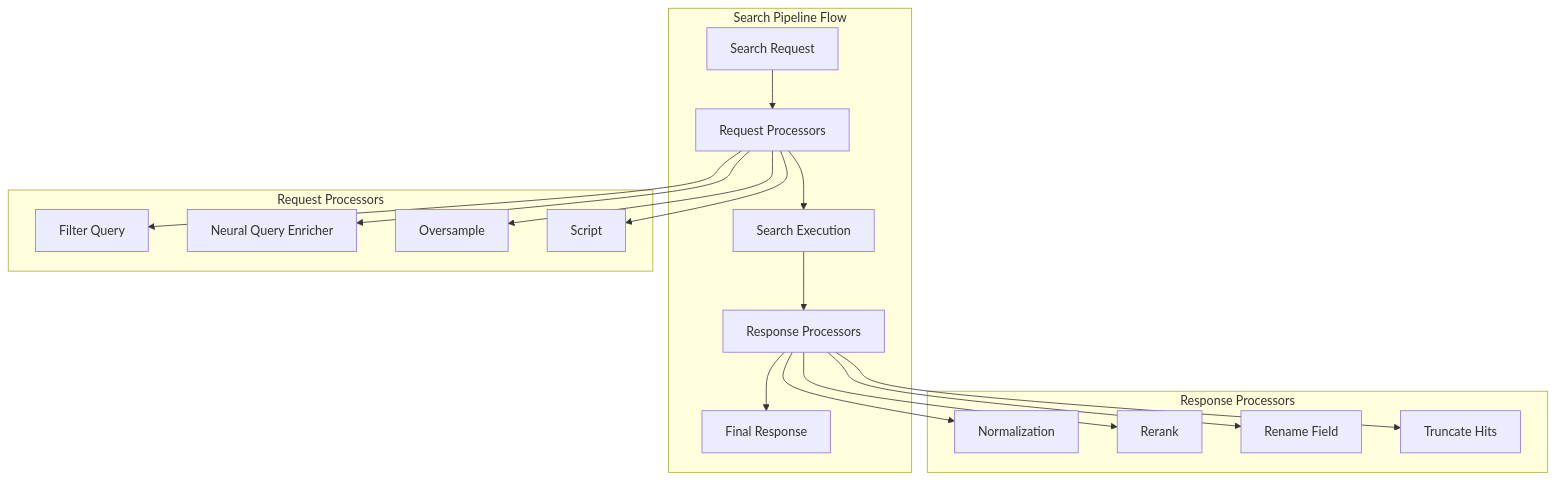
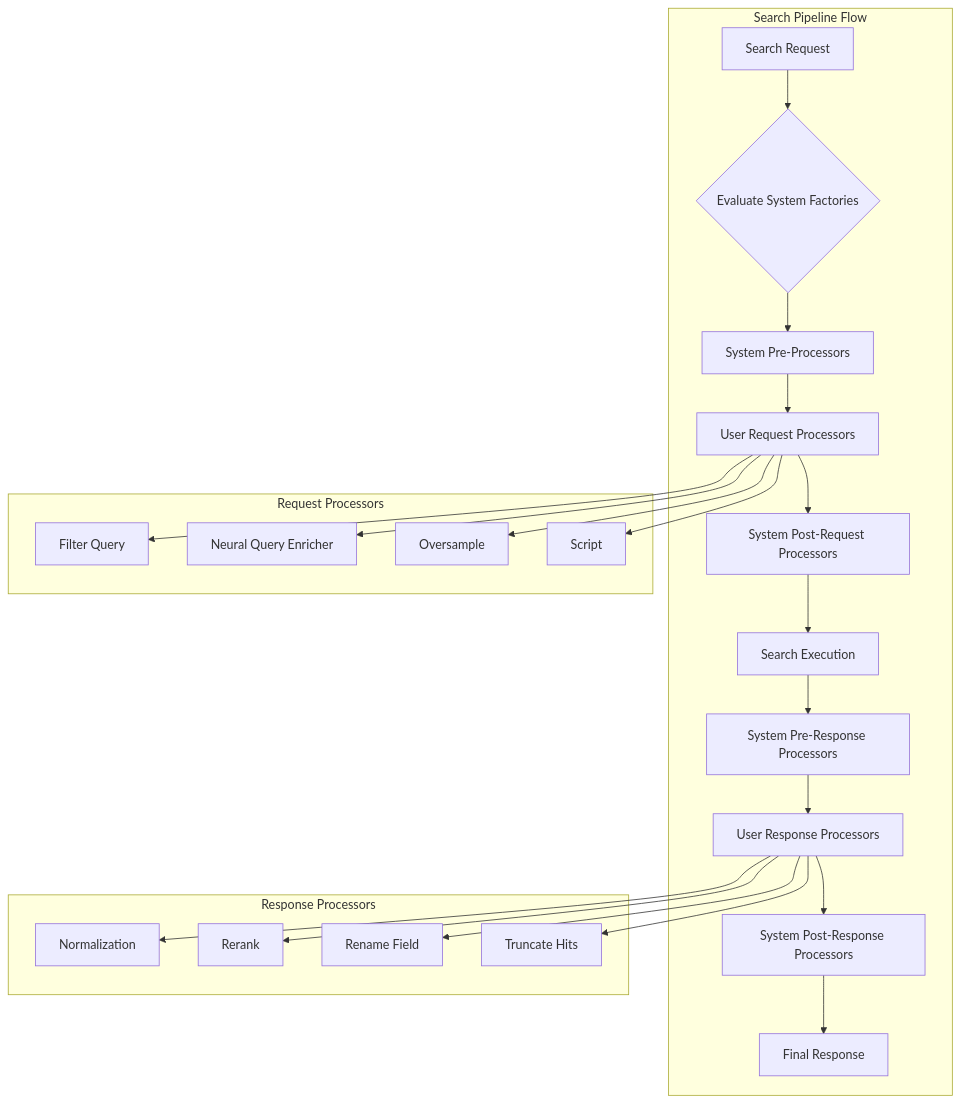
Before and after one commit to tkykenmt/opensearch-feature-explorer: the first of 2 diagrams in docs/features/opensearch/search-pipeline.md, drawn with Mermaid. The commit also changed other lines of this file and 2 other files, not shown here.

Commit message:
docs: add search pipeline system-generated report for v3.3.0 (#1512)

````diff
--- a/docs/features/opensearch/search-pipeline.md
+++ b/docs/features/opensearch/search-pipeline.md
@@ -11,33 +11,38 @@
 ```mermaid
 graph TB
     subgraph "Search Pipeline Flow"
-        SR[Search Request] --> RP[Request Processors]
-        RP --> SE[Search Execution]
-        SE --> RSP[Response Processors]
-        RSP --> FR[Final Response]
+        SR[Search Request] --> EV{Evaluate System Factories}
+        EV --> PRE[System Pre-Processors]
+        PRE --> RP[User Request Processors]
+        RP --> POST_REQ[System Post-Request Processors]
+        POST_REQ --> SE[Search Execution]
+        SE --> PRE_RSP[System Pre-Response Processors]
+        PRE_RSP --> RSP[User Response Processors]
+        RSP --> POST_RSP[System Post-Response Processors]
+        POST_RSP --> FR[Final Response]
     end
     
     subgraph "Request Processors"
         FQ[Filter Query]
         NQE[Neural Query Enricher]
         OS[Oversample]
         SC[Script]
     end
     
     subgraph "Response Processors"
         NP[Normalization]
         RR[Rerank]
         RF[Rename Field]
         TH[Truncate Hits]
     end
     
     RP --> FQ
     RP --> NQE
     RP --> OS
     RP --> SC
     
     RSP --> NP
     RSP --> RR
     RSP --> RF
     RSP --> TH
 ```
````
